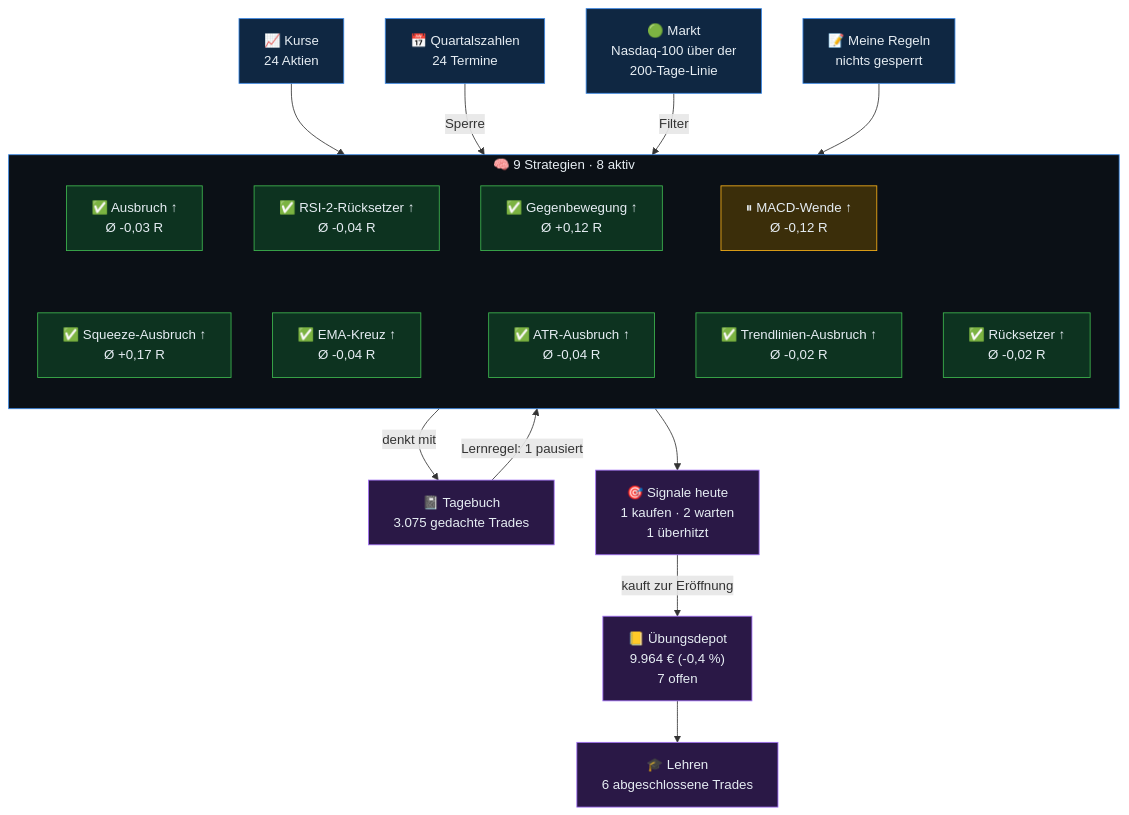
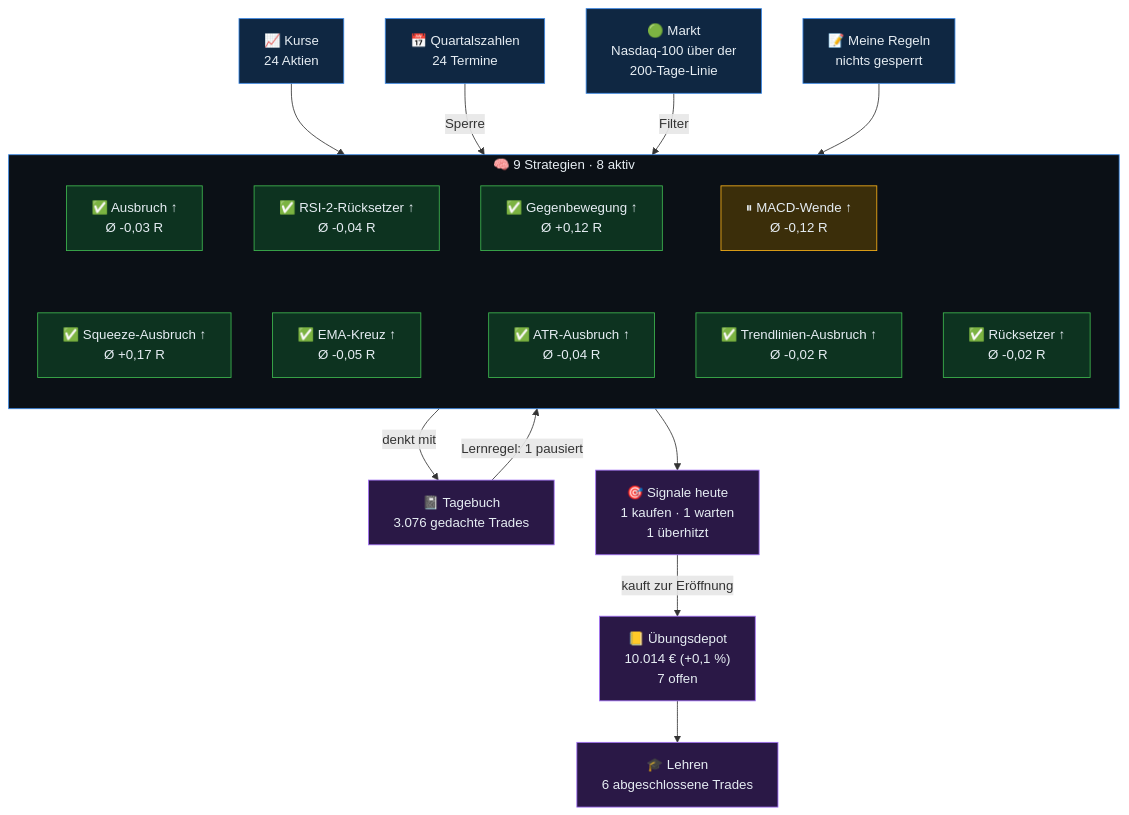
One commit to sickingmalte-arch/Test-Bot changed the diagram in gehirn/Start.md. Above: the diagram before and after it, drawn with Mermaid. The commit also changed other lines of this file and 33 other files, not shown here.

````diff
--- a/gehirn/Start.md
+++ b/gehirn/Start.md
@@ -9,48 +9,48 @@
 ```mermaid
 flowchart TB
   kurse["📈 Kurse<br/>24 Aktien"]
   termine["📅 Quartalszahlen<br/>24 Termine"]
   markt["🟢 Markt<br/>Nasdaq-100 über der<br/>200-Tage-Linie"]
   regeln["📝 Meine Regeln<br/>nichts gesperrt"]
   subgraph KERN["🧠 9 Strategien · 8 aktiv"]
     direction TB
     s0["✅ Ausbruch ↑<br/>Ø -0,03 R"]
     s1["✅ RSI-2-Rücksetzer ↑<br/>Ø -0,04 R"]
     s2["✅ Gegenbewegung ↑<br/>Ø +0,12 R"]
     s3["⏸ MACD-Wende ↑<br/>Ø -0,12 R"]
     s4["✅ Rücksetzer ↑<br/>Ø -0,02 R"]
     s5["✅ Squeeze-Ausbruch ↑<br/>Ø +0,17 R"]
-    s6["✅ EMA-Kreuz ↑<br/>Ø -0,04 R"]
+    s6["✅ EMA-Kreuz ↑<br/>Ø -0,05 R"]
     s7["✅ ATR-Ausbruch ↑<br/>Ø -0,04 R"]
     s8["✅ Trendlinien-Ausbruch ↑<br/>Ø -0,02 R"]
     s0 ~~~ s5
     s1 ~~~ s6
     s2 ~~~ s7
     s3 ~~~ s8
   end
-  tb["📓 Tagebuch<br/>3.075 gedachte Trades"]
-  sig["🎯 Signale heute<br/>1 kaufen · 2 warten<br/>1 überhitzt"]
-  depot["📒 Übungsdepot<br/>9.964 € (-0,4 %)<br/>7 offen"]
+  tb["📓 Tagebuch<br/>3.076 gedachte Trades"]
+  sig["🎯 Signale heute<br/>1 kaufen · 1 warten<br/>1 überhitzt"]
+  depot["📒 Übungsdepot<br/>10.014 € (+0,1 %)<br/>7 offen"]
   lehren["🎓 Lehren<br/>6 abgeschlossene Trades"]
   kurse --> KERN
   termine -->|Sperre| KERN
   markt -->|Filter| KERN
   regeln --> KERN
   KERN -->|denkt mit| tb
   tb -->|Lernregel: 1 pausiert| KERN
   KERN --> sig
   sig -->|kauft zur Eröffnung| depot
   depot --> lehren
   classDef ein fill:#0f2742,stroke:#3987e5,color:#e6edf3
   classDef rot fill:#3d1414,stroke:#f47067,color:#e6edf3
   classDef aktiv fill:#0d3320,stroke:#3fb950,color:#e6edf3
   classDef pausiert fill:#3b2e0a,stroke:#fab219,color:#e6edf3
   classDef aus fill:#22272e,stroke:#6e7681,color:#9ba7b4
   classDef aus2 fill:#2a1846,stroke:#a371f7,color:#e6edf3
   class kurse,termine,regeln ein
   class markt ein
   class tb,sig,depot,lehren aus2
   class s0,s1,s2,s4,s5,s6,s7,s8 aktiv
   class s3 pausiert
   style KERN fill:#0b1016,stroke:#3987e5,color:#e6edf3
 ```
````
